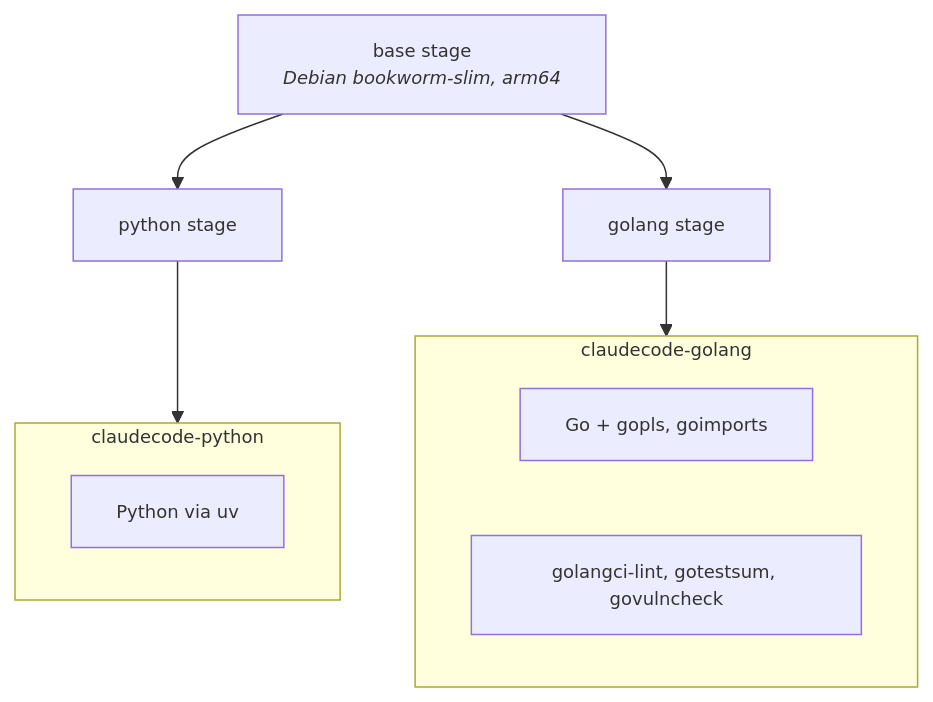
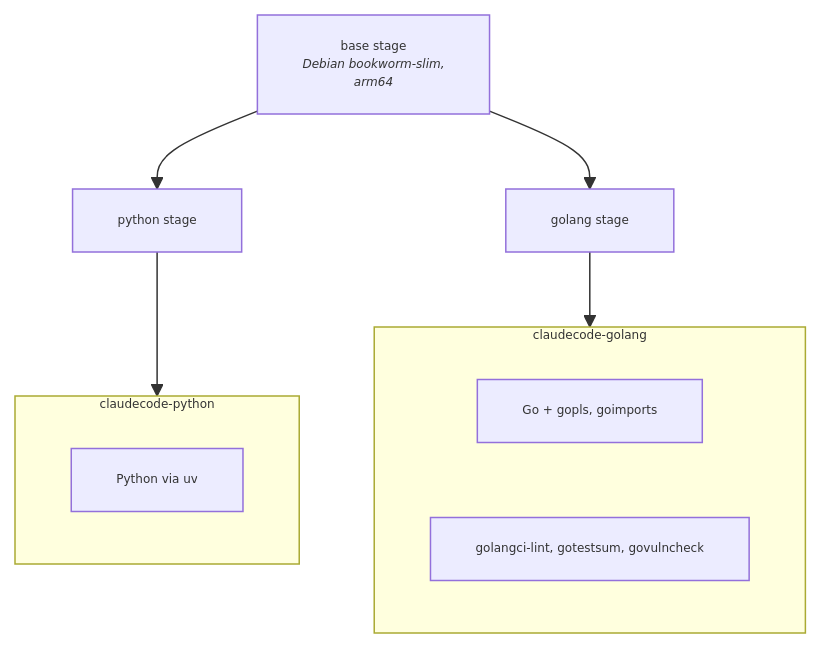
The second of 2 diagrams in README.md (chew-z/Container), drawn with Mermaid before and after one commit. The commit also changed other lines of this file and 2 other files, not shown here.

First line of the commit message:
docs(docs): adjust mermaid font size in documentation

````diff
--- a/README.md
+++ b/README.md
@@ -67,18 +73,18 @@
 ```mermaid
-%%{init: {"themeVariables": {"fontSize": "12px"}}}%%
+%%{init: {"themeVariables": {"fontSize": "8px"}}}%%
 flowchart TB
-    Base["base stage<br/><i>Debian bookworm-slim, arm64</i>"] --> Python["python stage"]
+    Base["base stage<br/><i>Debian bookworm-slim,<br/>arm64</i>"] --> Python["python stage"]
     Base --> Golang["golang stage"]
 
     subgraph python_img["claudecode-python"]
         P1["Python via uv"]
     end
 
     subgraph golang_img["claudecode-golang"]
         G1["Go + gopls, goimports"]
         G2["golangci-lint, gotestsum, govulncheck"]
     end
 
     Python --> python_img
     Golang --> golang_img
 ```
````
